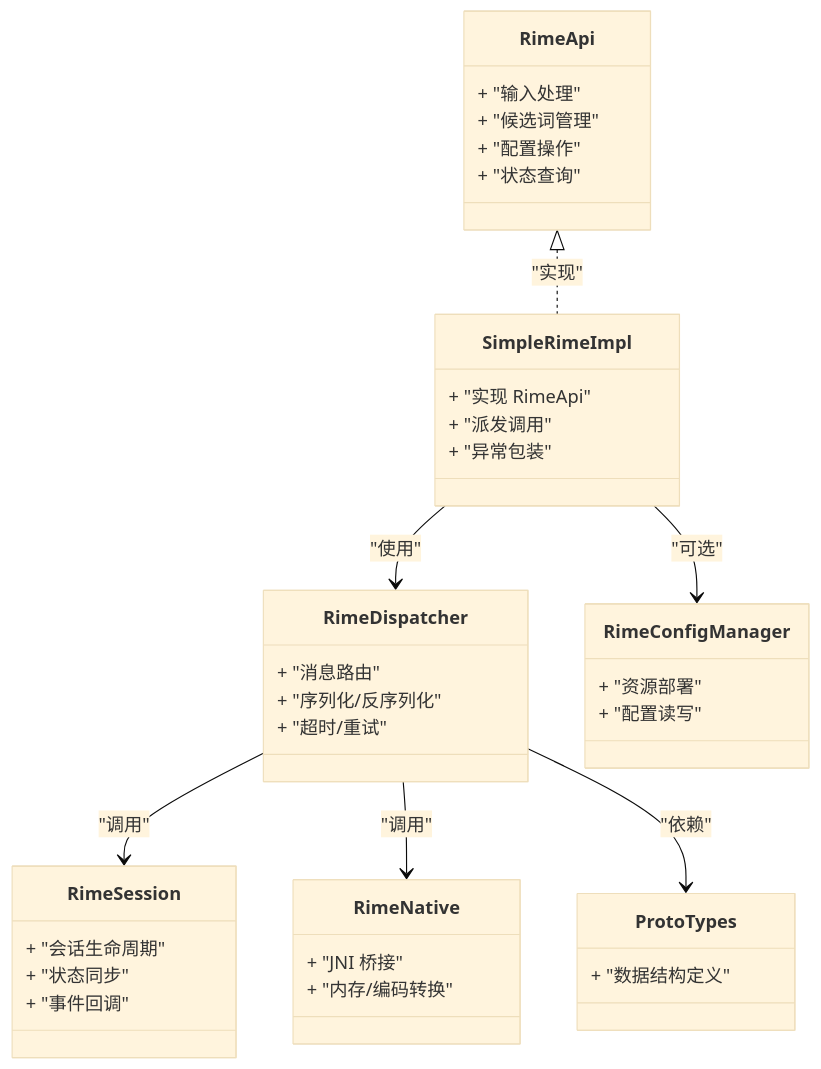
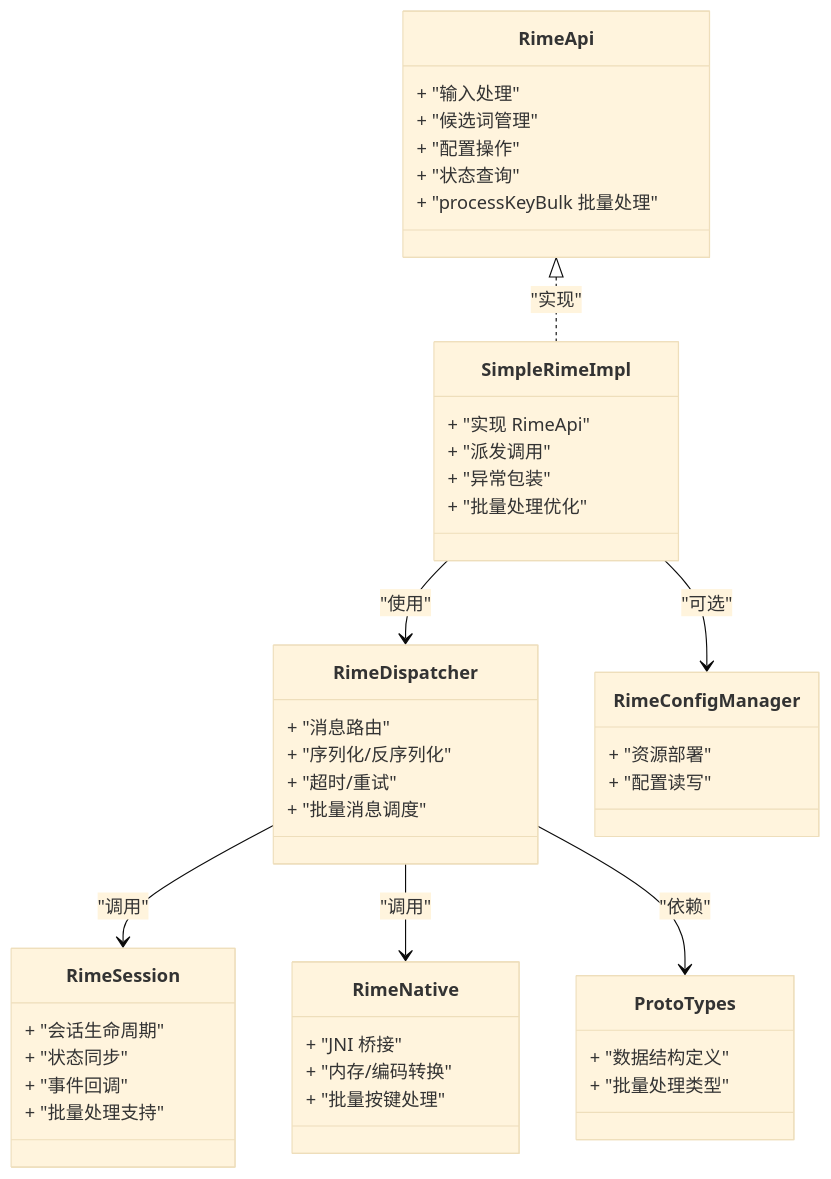
One commit to qiaodashaoye/ziyou-ime changed the third of 3 diagrams in .qoder/repowiki/zh/content/架构设计/分层架构设计/业务逻辑层/Rime API 接口设计.md. Above: the diagram before and after it, drawn with Mermaid (base theme). The commit also changed other lines of this file and 7 other files, not shown here.

````diff
--- a/.qoder/repowiki/zh/content/架构设计/分层架构设计/业务逻辑层/Rime API 接口设计.md
+++ b/.qoder/repowiki/zh/content/架构设计/分层架构设计/业务逻辑层/Rime API 接口设计.md
@@ -266,41 +294,47 @@
 ```mermaid
 classDiagram
 class RimeApi {
 + "输入处理"
 + "候选词管理"
 + "配置操作"
 + "状态查询"
++ "processKeyBulk 批量处理"
 }
 class SimpleRimeImpl {
 + "实现 RimeApi"
 + "派发调用"
 + "异常包装"
++ "批量处理优化"
 }
 class RimeDispatcher {
 + "消息路由"
 + "序列化/反序列化"
 + "超时/重试"
++ "批量消息调度"
 }
 class RimeSession {
 + "会话生命周期"
 + "状态同步"
 + "事件回调"
++ "批量处理支持"
 }
 class RimeNative {
 + "JNI 桥接"
 + "内存/编码转换"
++ "批量按键处理"
 }
 class RimeConfigManager {
 + "资源部署"
 + "配置读写"
 }
 class ProtoTypes {
 + "数据结构定义"
++ "批量处理类型"
 }
 RimeApi <|.. SimpleRimeImpl : "实现"
 SimpleRimeImpl --> RimeDispatcher : "使用"
 RimeDispatcher --> RimeSession : "调用"
 RimeDispatcher --> RimeNative : "调用"
 RimeDispatcher --> ProtoTypes : "依赖"
 SimpleRimeImpl --> RimeConfigManager : "可选"
 ```
````
